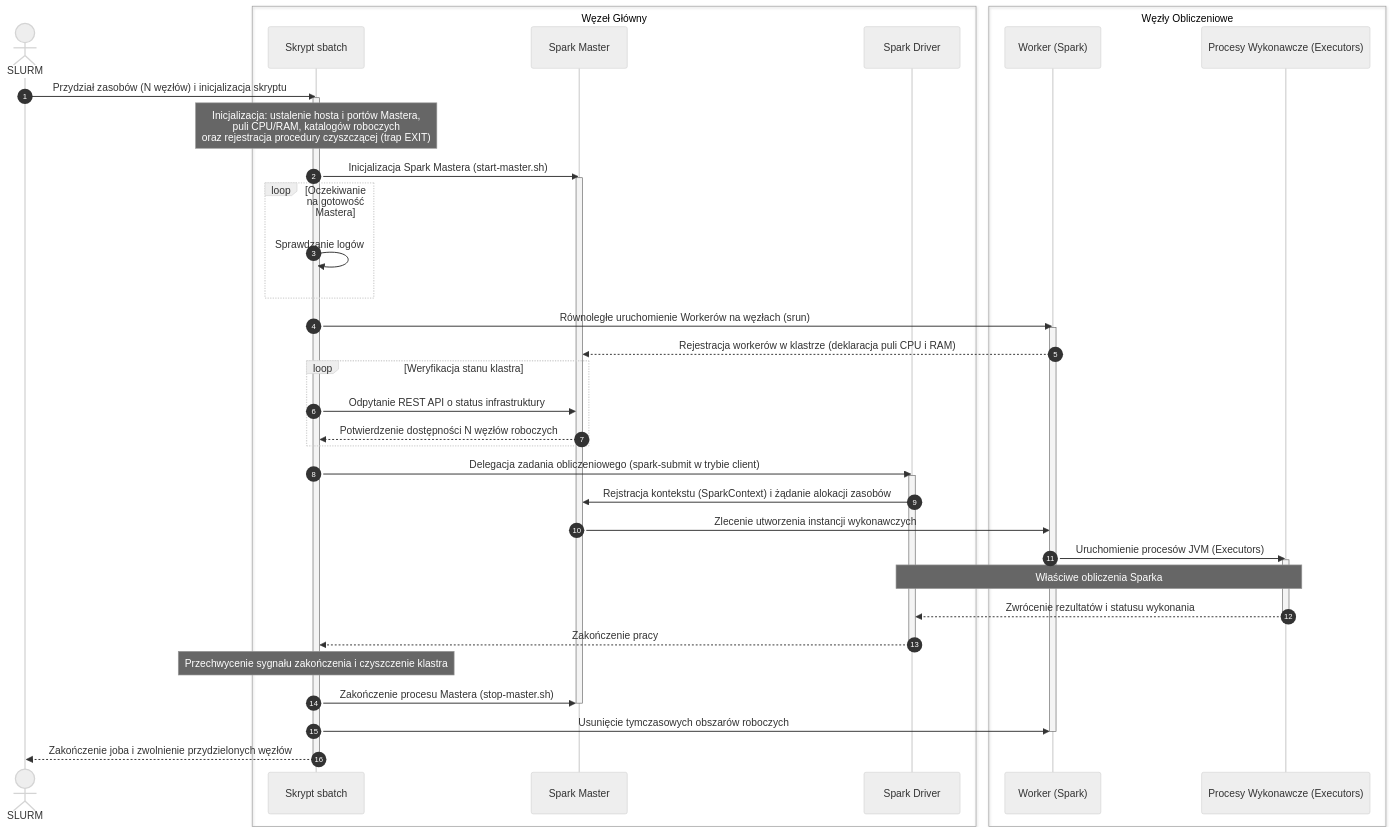
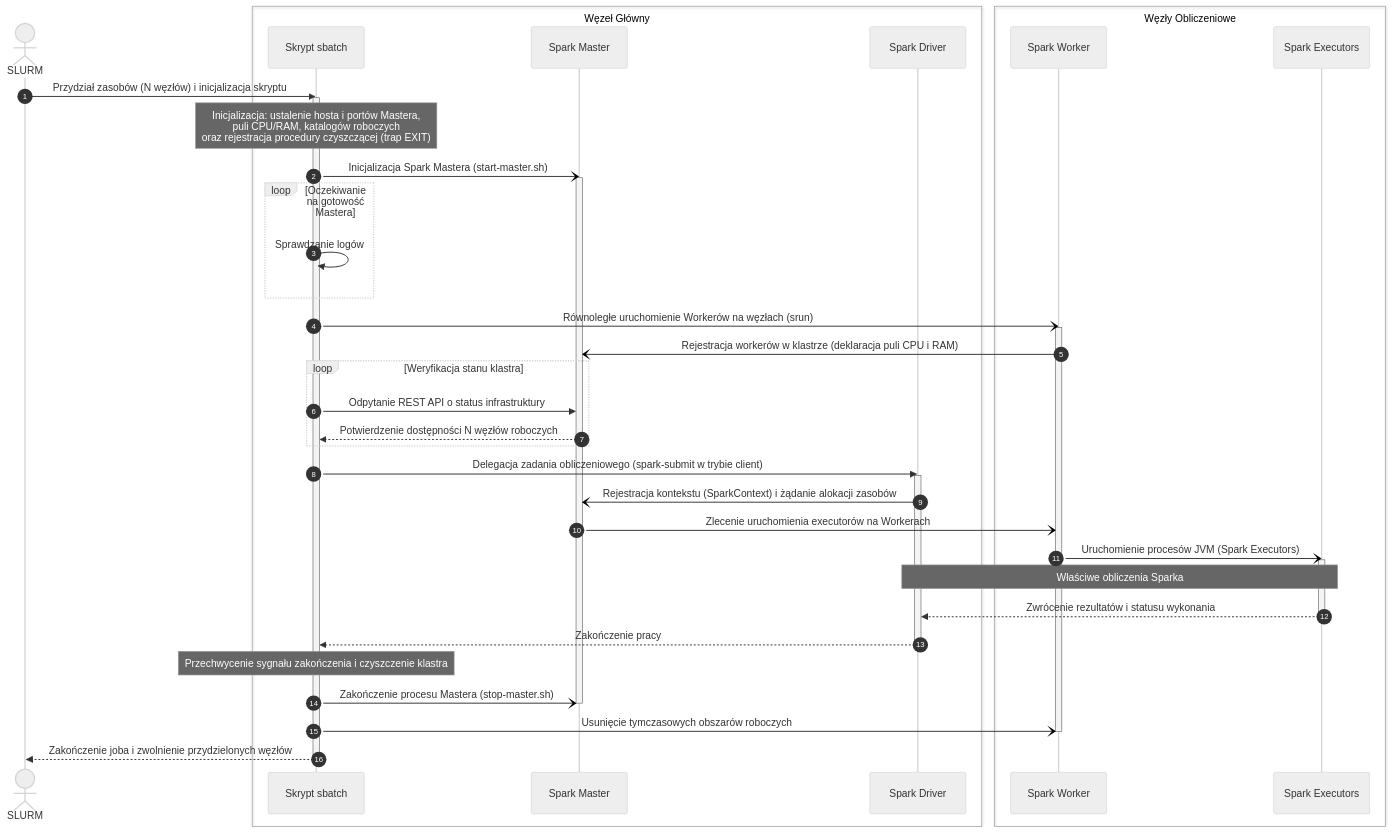
The third of 4 diagrams in README.md (natix-x/clustering-algorithms-benchmark), drawn with Mermaid (neutral theme) before and after one commit. The commit also changed 4 other files, not shown here.

Commit message:
change naming for engine specific fields and semantics for UML Spark diagram

````diff
--- a/README.md
+++ b/README.md
@@ -159,58 +159,58 @@
 ```mermaid
 sequenceDiagram
   autonumber
   actor SLURM as SLURM
 
   box Węzeł Główny 
     participant Script as Skrypt sbatch
     participant Master as Spark Master
     participant App as Spark Driver
   end
 
   box Węzły Obliczeniowe 
-    participant Workers as Worker (Spark)
-    participant Executors as Procesy Wykonawcze (Executors)
+    participant Workers as Spark Worker
+    participant Executors as Spark Executors
   end
 
   SLURM->>Script: Przydział zasobów (N węzłów) i inicjalizacja skryptu
   activate Script
   Note over Script: Inicjalizacja: ustalenie hosta i portów Mastera,<br/>puli CPU/RAM, katalogów roboczych<br/>oraz rejestracja procedury czyszczącej (trap EXIT)
 
-  Script->>Master: Inicjalizacja Spark Mastera (start-master.sh)
+  Script-)Master: Inicjalizacja Spark Mastera (start-master.sh)
   activate Master
 
   loop Oczekiwanie na gotowość Mastera
     Script->>Script: Sprawdzanie logów 
   end
 
-  Script->>Workers: Równoległe uruchomienie Workerów na węzłach (srun)
+  Script-)Workers: Równoległe uruchomienie Workerów na węzłach (srun)
   activate Workers
-  Workers-->>Master: Rejestracja workerów w klastrze (deklaracja puli CPU i RAM)
+  Workers-)Master: Rejestracja workerów w klastrze (deklaracja puli CPU i RAM)
 
   loop Weryfikacja stanu klastra
     Script->>Master: Odpytanie REST API o status infrastruktury
     Master-->>Script: Potwierdzenie dostępności N węzłów roboczych
   end
 
   Script->>App: Delegacja zadania obliczeniowego (spark-submit w trybie client)
   activate App
-  App->>Master: Rejstracja kontekstu (SparkContext) i żądanie alokacji zasobów
-  Master->>Workers: Zlecenie utworzenia instancji wykonawczych
-  Workers->>Executors: Uruchomienie procesów JVM (Executors)
+  App-)Master: Rejestracja kontekstu (SparkContext) i żądanie alokacji zasobów
+  Master-)Workers: Zlecenie uruchomienia executorów na Workerach
+  Workers-)Executors: Uruchomienie procesów JVM (Spark Executors)
   activate Executors
 
   Note over App,Executors: Właściwe obliczenia Sparka
 
   Executors-->>App: Zwrócenie rezultatów i statusu wykonania
   deactivate Executors
   App-->>Script: Zakończenie pracy
   deactivate App
 
   Note over Script: Przechwycenie sygnału zakończenia i czyszczenie klastra
-  Script->>Master: Zakończenie procesu Mastera (stop-master.sh)
+  Script-)Master: Zakończenie procesu Mastera (stop-master.sh)
   deactivate Master
-  Script->>Workers: Usunięcie tymczasowych obszarów roboczych
+  Script-)Workers: Usunięcie tymczasowych obszarów roboczych
   deactivate Workers
   Script-->>SLURM: Zakończenie joba i zwolnienie przydzielonych węzłów
   deactivate Script
 ```
````
